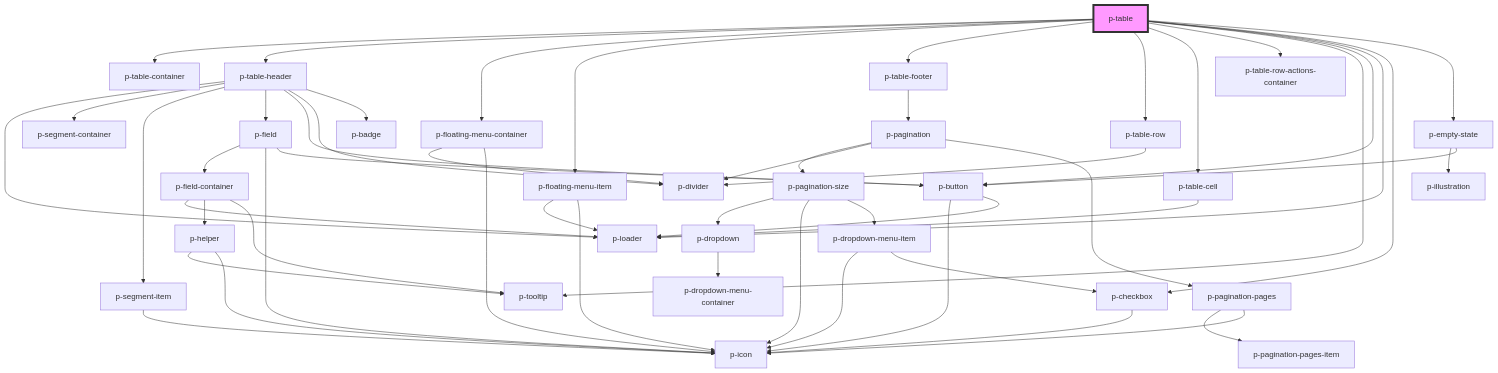
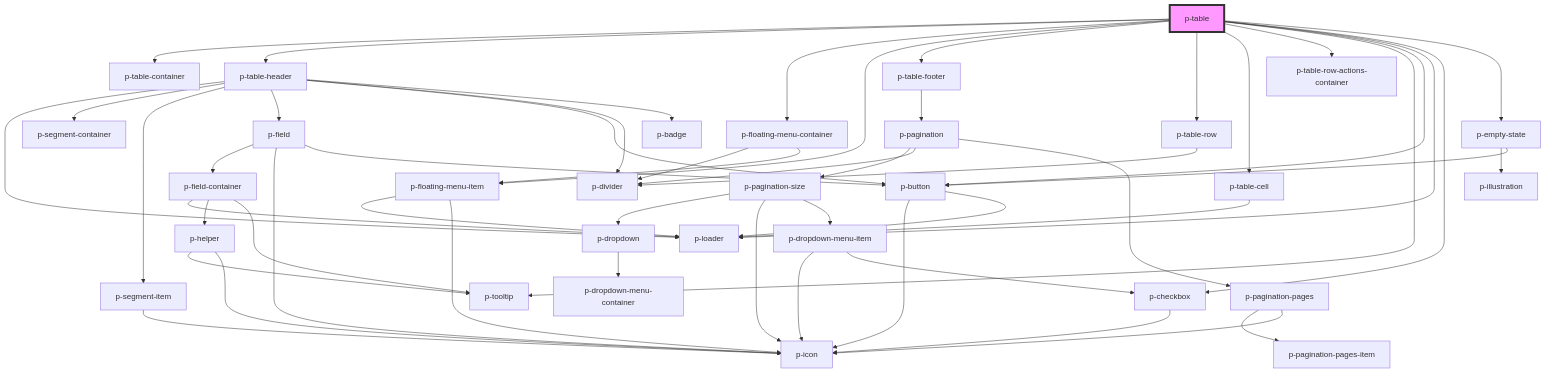
The diagram in packages/core/src/components/organisms/table/readme.md (Employes/Paperless), drawn with Mermaid before and after one commit. The commit also changed 5 other files, not shown here.

Commit message:
refactor(atoms/floating-menu): Apply new colors

````diff
--- a/packages/core/src/components/organisms/table/readme.md
+++ b/packages/core/src/components/organisms/table/readme.md
@@ -96,56 +96,56 @@
 ```mermaid
 graph TD;
   p-table --> p-table-container
   p-table --> p-table-header
   p-table --> p-floating-menu-container
   p-table --> p-floating-menu-item
   p-table --> p-table-footer
   p-table --> p-table-row
   p-table --> p-table-cell
   p-table --> p-table-row-actions-container
   p-table --> p-tooltip
   p-table --> p-button
   p-table --> p-loader
   p-table --> p-checkbox
   p-table --> p-empty-state
   p-table-header --> p-loader
   p-table-header --> p-segment-container
   p-table-header --> p-segment-item
   p-table-header --> p-field
   p-table-header --> p-button
   p-table-header --> p-divider
   p-table-header --> p-badge
   p-segment-item --> p-icon
   p-field --> p-field-container
   p-field --> p-icon
   p-field --> p-button
   p-field-container --> p-loader
   p-field-container --> p-helper
   p-field-container --> p-tooltip
   p-helper --> p-tooltip
   p-helper --> p-icon
   p-button --> p-icon
   p-button --> p-loader
   p-floating-menu-container --> p-divider
-  p-floating-menu-container --> p-icon
+  p-floating-menu-container --> p-floating-menu-item
   p-floating-menu-item --> p-loader
   p-floating-menu-item --> p-icon
   p-table-footer --> p-pagination
   p-pagination --> p-pagination-size
   p-pagination --> p-divider
   p-pagination --> p-pagination-pages
   p-pagination-size --> p-dropdown
   p-pagination-size --> p-icon
   p-pagination-size --> p-dropdown-menu-item
   p-dropdown --> p-dropdown-menu-container
   p-dropdown-menu-item --> p-icon
   p-dropdown-menu-item --> p-checkbox
   p-checkbox --> p-icon
   p-pagination-pages --> p-pagination-pages-item
   p-pagination-pages --> p-icon
   p-table-row --> p-divider
   p-table-cell --> p-loader
   p-empty-state --> p-illustration
   p-empty-state --> p-button
   style p-table fill:#f9f,stroke:#333,stroke-width:4px
 ```
````
